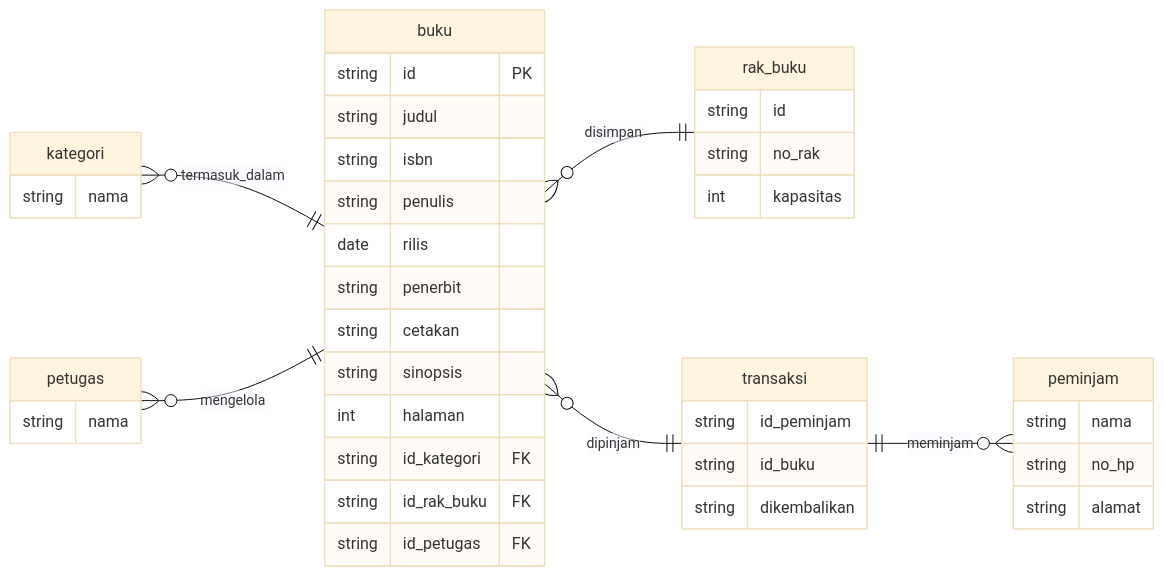
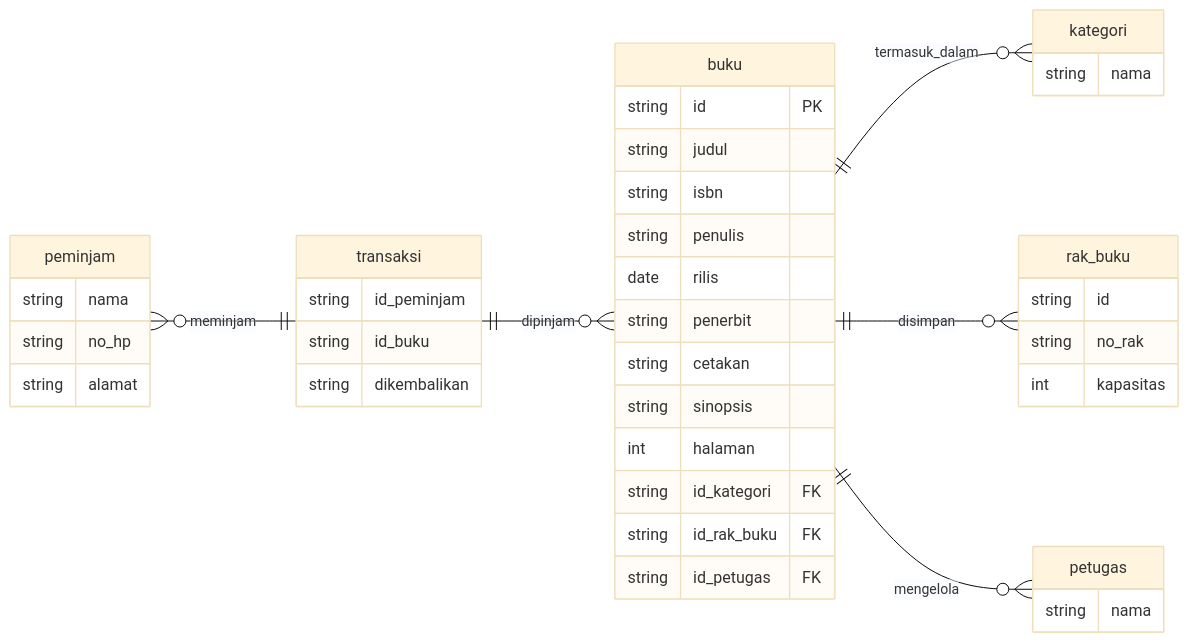
The diagram in README.md (devbydenis/fgo24-db-erd), drawn with Mermaid (base theme) before and after one commit.

Commit message:
fix: reading flow

````diff
--- a/README.md
+++ b/README.md
@@ -1,50 +1,50 @@
 ```mermaid
 erDiagram
-  direction rl
+  direction lr
   buku ||--o{ kategori : termasuk_dalam
-  rak_buku ||--o{ buku: disimpan
+  buku ||--o{ rak_buku: disimpan
   buku ||--o{ petugas: mengelola
   peminjam }o--|| transaksi: meminjam
   transaksi ||--o{ buku: dipinjam
   
   buku {
     string    id            PK
     string    judul
     string    isbn
     string    penulis
     date      rilis
     string    penerbit
     string    cetakan
     string    sinopsis
     int       halaman
     string    id_kategori   FK
     string    id_rak_buku   FK
     string    id_petugas    FK
   }
   kategori {
     string    nama
   }
   
   rak_buku{
     string    id
     string    no_rak
     int       kapasitas
   }
 
   petugas {
     string    nama
   }
 
   peminjam {
     string    nama
     string    no_hp
     string    alamat
   }
 
   transaksi {
     string    id_peminjam
     string    id_buku
     string    dikembalikan
   }
 
 ```
````
